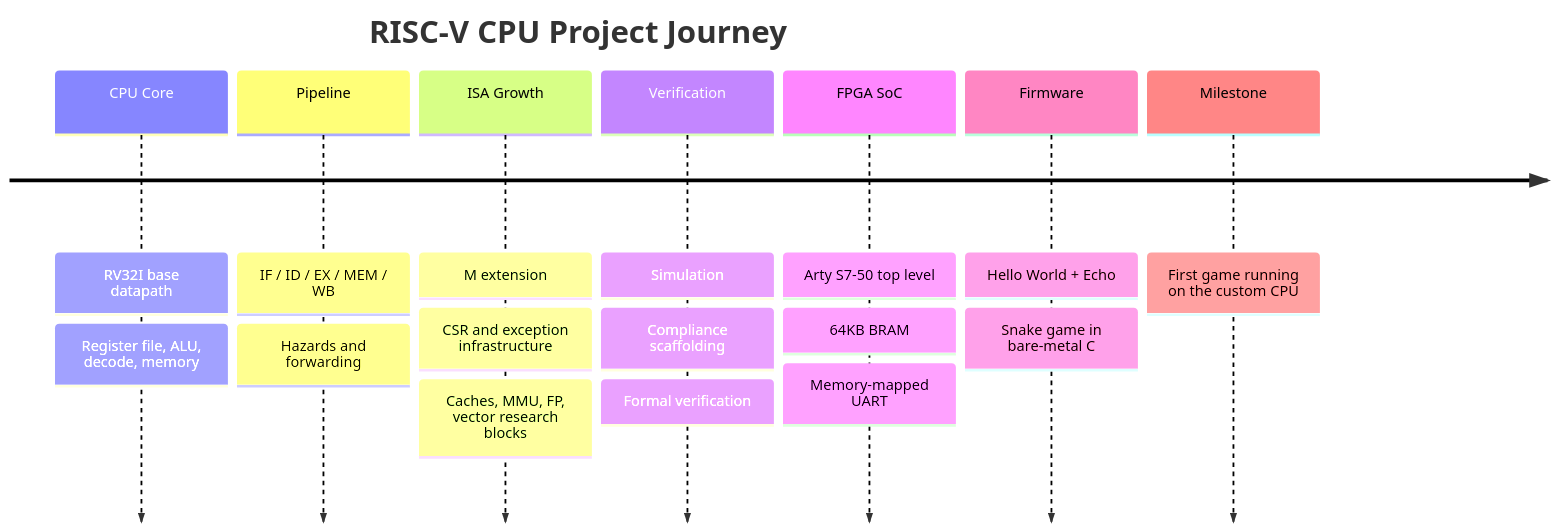
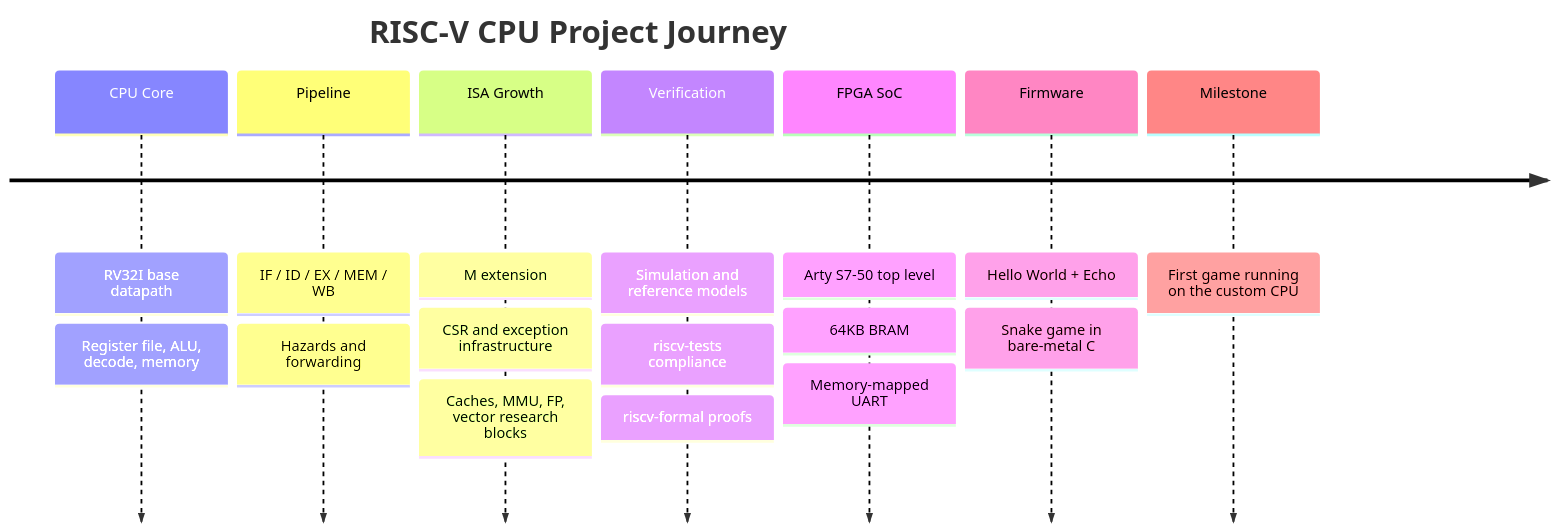
One commit to TharunBabu-05/RISC-V_CPU changed the diagram in README.md. Above: the diagram before and after it, drawn with Mermaid. The commit also changed other lines of this file and 177 other files, not shown here.

````diff
--- a/README.md
+++ b/README.md
@@ -379,20 +390,20 @@
 ```mermaid
 timeline
     title RISC-V CPU Project Journey
     CPU Core : RV32I base datapath
              : Register file, ALU, decode, memory
     Pipeline : IF / ID / EX / MEM / WB
              : Hazards and forwarding
     ISA Growth : M extension
                : CSR and exception infrastructure
                : Caches, MMU, FP, vector research blocks
-    Verification : Simulation
-                 : Compliance scaffolding
-                 : Formal verification
+    Verification : Simulation and reference models
+                 : riscv-tests compliance
+                 : riscv-formal proofs
     FPGA SoC : Arty S7-50 top level
              : 64KB BRAM
              : Memory-mapped UART
     Firmware : Hello World + Echo
              : Snake game in bare-metal C
     Milestone : First game running on the custom CPU
 ```
````
